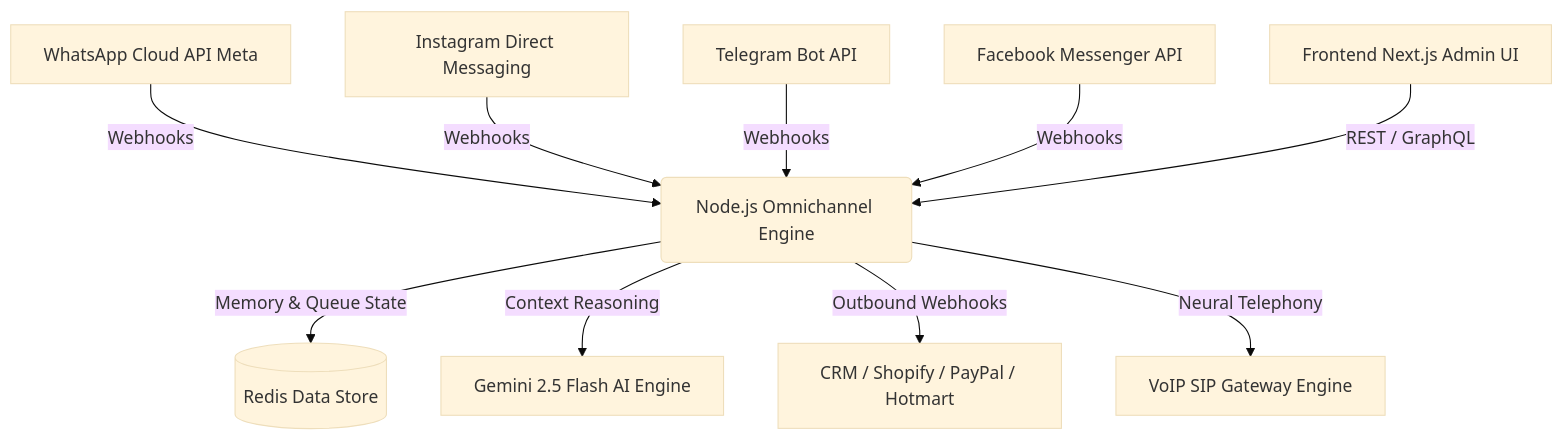
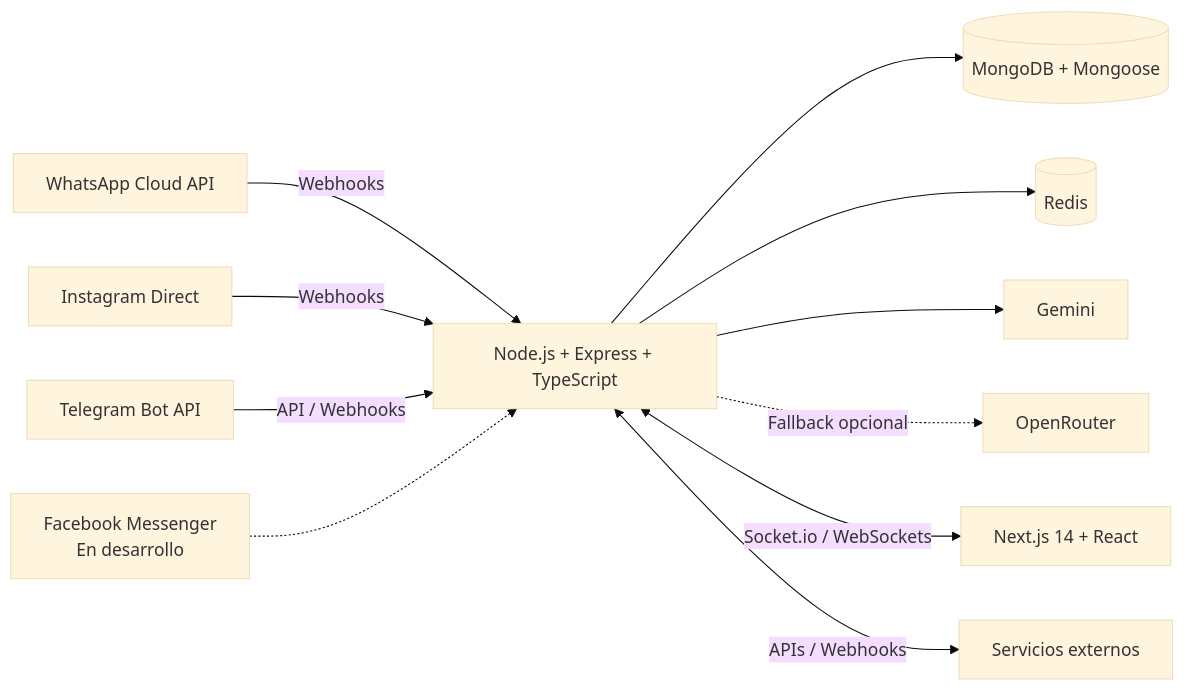
Before and after one commit to NachoTorresRD/whabot-pro-showcase: the diagram in README.md, drawn with Mermaid (base theme). The commit also changed other lines of this file and 3 other files, not shown here.

Commit message:
docs: align showcase with current Whabot features and architecture

````diff
--- a/README.md
+++ b/README.md
@@ -88,12 +82,14 @@
 ```mermaid
-graph TD
-    A1[WhatsApp Cloud API Meta] -->|Webhooks| B(Node.js Omnichannel Engine)
-    A2[Instagram Direct Messaging] -->|Webhooks| B
-    A3[Telegram Bot API] -->|Webhooks| B
-    A4[Facebook Messenger API] -->|Webhooks| B
-    B -->|Memory & Queue State| C[(Redis Data Store)]
-    B -->|Context Reasoning| D[Gemini 2.5 Flash AI Engine]
-    B -->|Outbound Webhooks| E[CRM / Shopify / PayPal / Hotmart]
-    B -->|Neural Telephony| F[VoIP SIP Gateway Engine]
-    G[Frontend Next.js Admin UI] -->|REST / GraphQL| B
+flowchart LR
+    WA[WhatsApp Cloud API] -->|Webhooks| API[Node.js + Express + TypeScript]
+    IG[Instagram Direct] -->|Webhooks| API
+    TG[Telegram Bot API] -->|API / Webhooks| API
+    MS[Facebook Messenger<br/>En desarrollo] -.-> API
+
+    API --> DB[(MongoDB + Mongoose)]
+    API --> CACHE[(Redis)]
+    API --> AI[Gemini]
+    API -. Fallback opcional .-> OR[OpenRouter]
+    API <-->|Socket.io / WebSockets| UI[Next.js 14 + React]
+    API <-->|APIs / Webhooks| EXT[Servicios externos]
 ```
````
